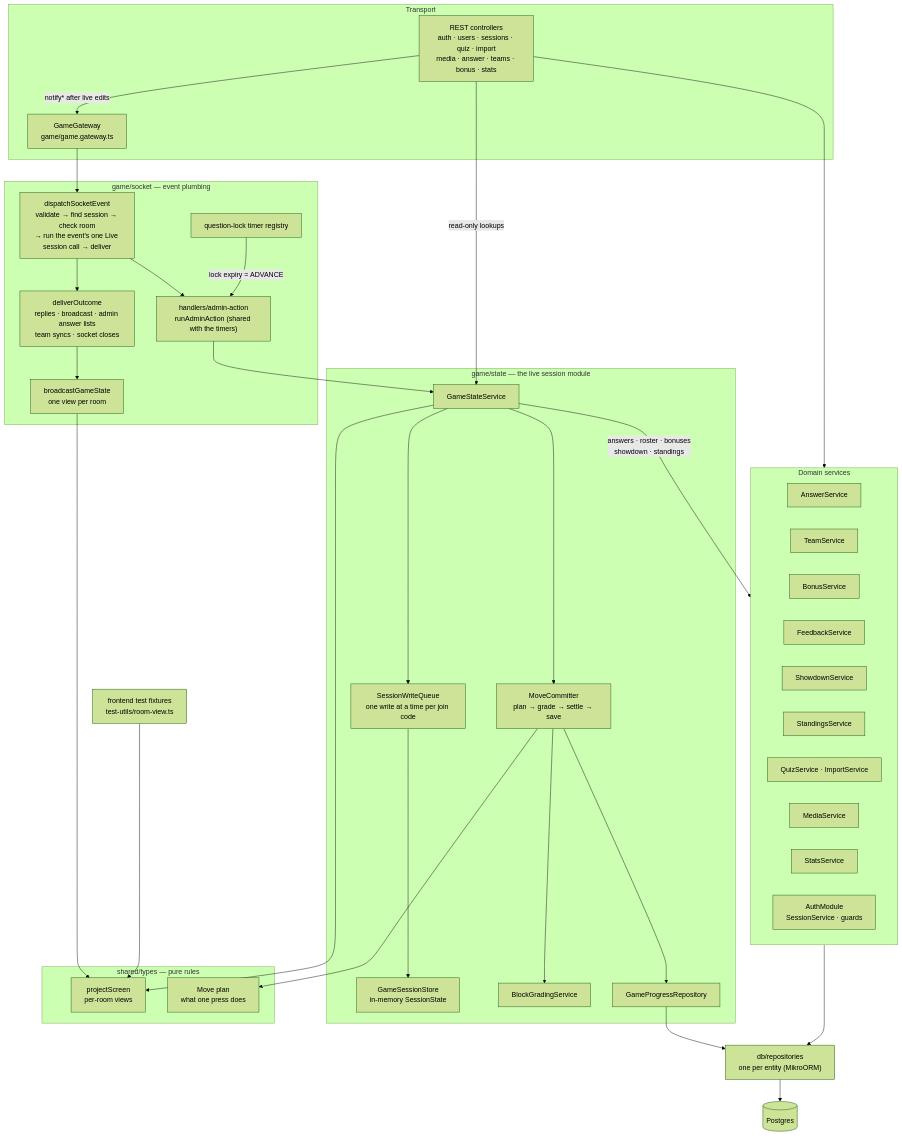
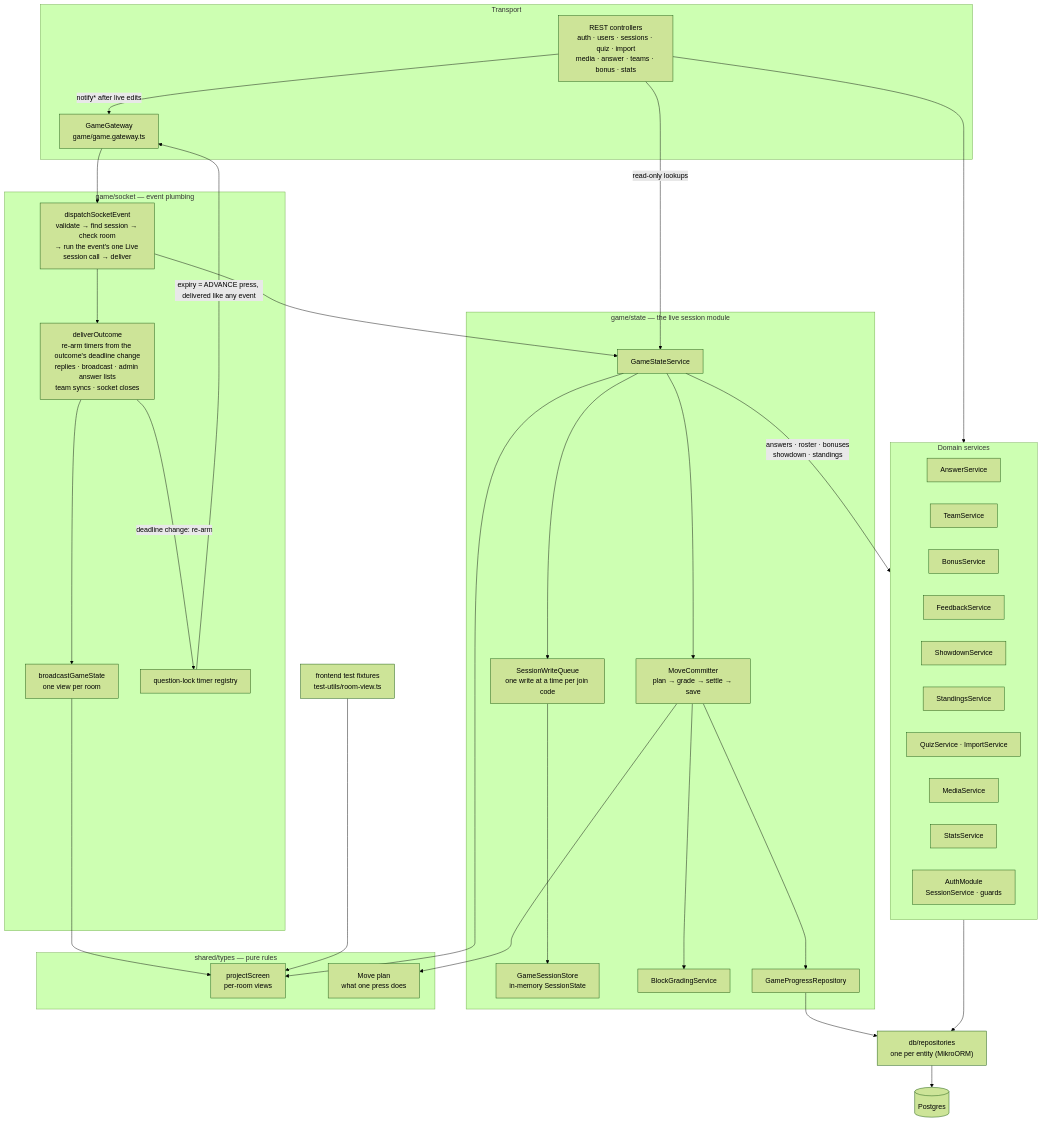
The third of 8 diagrams in docs/architecture.md (Sid0rr0/campus-pubquiz), drawn with Mermaid (forest theme) before and after one commit. The commit also changed other lines of this file and 11 other files, not shown here.

First line of the commit message:
feat(backend): carry deadline changes on the SessionOutcome

````diff
--- a/docs/architecture.md
+++ b/docs/architecture.md
@@ -73,64 +73,64 @@
 ```mermaid
 flowchart TD
   subgraph transport["Transport"]
     gw["GameGateway<br/>game/game.gateway.ts"]
     rest["REST controllers<br/>auth · users · sessions · quiz · import<br/>media · answer · teams · bonus · stats"]
   end
 
   subgraph socket["game/socket — event plumbing"]
     dispatch["dispatchSocketEvent<br/>validate → find session → check room<br/>→ run the event's one Live session call → deliver"]
-    handlers["handlers/admin-action<br/>runAdminAction (shared with the timers)"]
-    deliver["deliverOutcome<br/>replies · broadcast · admin answer lists<br/>team syncs · socket closes"]
+    deliver["deliverOutcome<br/>re-arm timers from the outcome's deadline change<br/>replies · broadcast · admin answer lists<br/>team syncs · socket closes"]
     broadcast["broadcastGameState<br/>one view per room"]
     timers["question-lock timer registry"]
   end
 
   subgraph state["game/state — the live session module"]
     gss["GameStateService"]
     queue["SessionWriteQueue<br/>one write at a time per join code"]
     store["GameSessionStore<br/>in-memory SessionState"]
     mover["MoveCommitter<br/>plan → grade → settle → save"]
     grading["BlockGradingService"]
     progress["GameProgressRepository"]
   end
 
   subgraph shared["shared/types — pure rules"]
     project["projectScreen<br/>per-room views"]
     plan["Move plan<br/>what one press does"]
   end
 
   subgraph domain["Domain services"]
     answer["AnswerService"]
     team["TeamService"]
     bonus["BonusService"]
     feedback["FeedbackService"]
     showdown["ShowdownService"]
     standings["StandingsService"]
     quiz["QuizService · ImportService"]
     media["MediaService"]
     stats["StatsService"]
     auth["AuthModule<br/>SessionService · guards"]
   end
 
   repos["db/repositories<br/>one per entity (MikroORM)"]
   db[("Postgres")]
 
-  gw --> dispatch --> handlers --> gss
+  gw --> dispatch --> gss
   dispatch --> deliver --> broadcast --> project
-  timers -->|"lock expiry = ADVANCE"| handlers
+  deliver -->|"deadline change: re-arm"| timers
+  timers -->|"expiry = ADVANCE press, delivered like any event"| gw
   rest -->|"notify* after live edits"| gw
   rest -->|read-only lookups| gss
   rest --> domain
 
   gss --> queue --> store
   gss --> mover --> grading
   mover --> progress
   mover --> plan
   gss --> project
   fixtures["frontend test fixtures<br/>test-utils/room-view.ts"] --> project
   gss -->|"answers · roster · bonuses<br/>showdown · standings"| domain
 
   domain --> repos
   progress --> repos
   repos --> db
 ```
````
